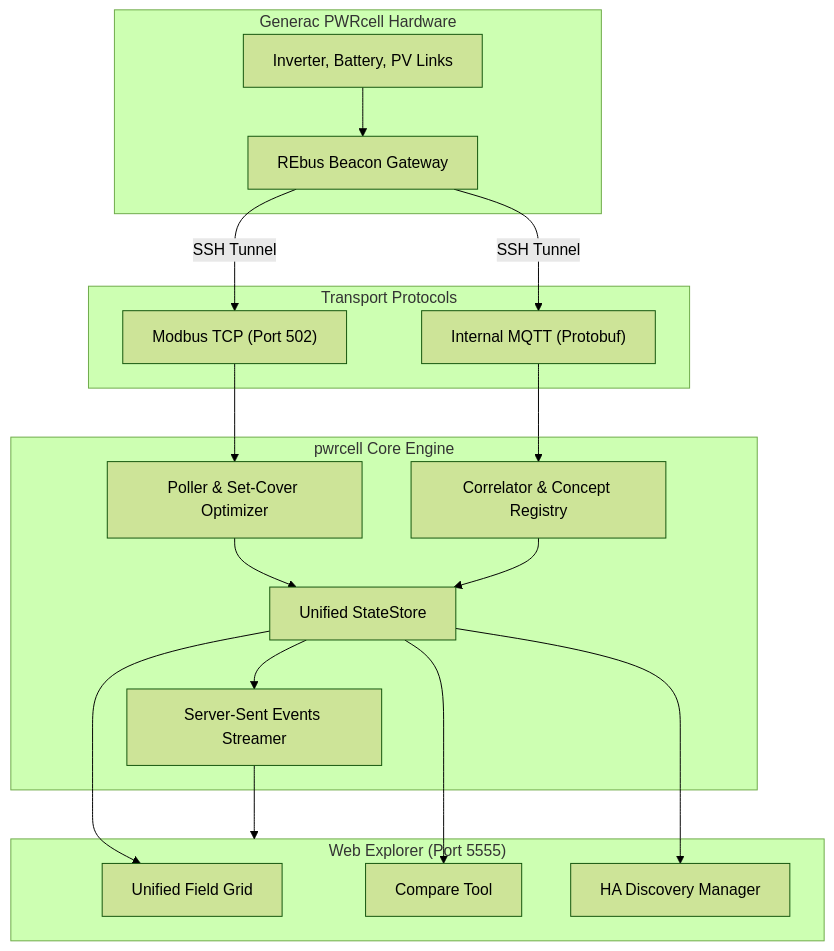
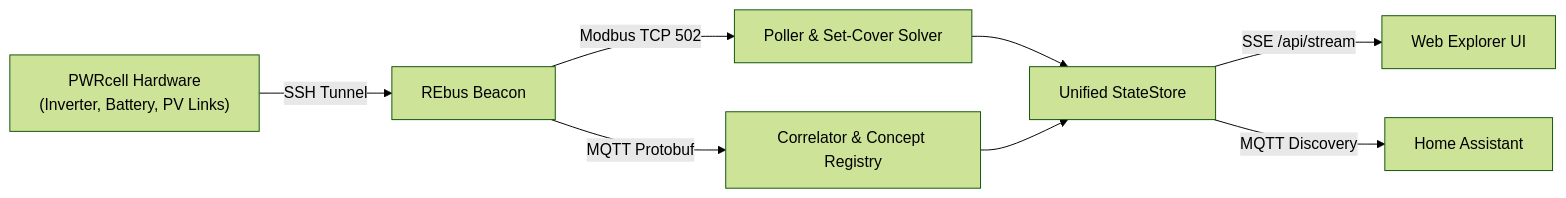
Before and after one commit to edalquist/pwrcell_sunspec: the diagram in docs/management_ui.md, drawn with Mermaid (forest theme). The commit also changed other lines of this file and 3 other files, not shown here.

Commit message:
docs: streamline Web Explorer guide and remove ASCII art (v3.1.11)

````diff
--- a/docs/management_ui.md
+++ b/docs/management_ui.md
@@ -434,41 +223,10 @@
 ```mermaid
-flowchart TD
-    subgraph Hardware ["Generac PWRcell Hardware"]
-        DEV["Inverter, Battery, PV Links"]
-        BCN["REbus Beacon Gateway"]
-    end
-
-    subgraph Protocols ["Transport Protocols"]
-        MB["Modbus TCP (Port 502)"]
-        MQ["Internal MQTT (Protobuf)"]
-    end
-
-    subgraph Daemon ["pwrcell Core Engine"]
-        POL["Poller & Set-Cover Optimizer"]
-        CORR["Correlator & Concept Registry"]
-        STORE["Unified StateStore"]
-        SSE["Server-Sent Events Streamer"]
-    end
-
-    subgraph UI ["Web Explorer (Port 5555)"]
-        GRID["Unified Field Grid"]
-        CMP["Compare Tool"]
-        HA["HA Discovery Manager"]
-    end
-
-    DEV --> BCN
-    BCN -->|SSH Tunnel| MB
-    BCN -->|SSH Tunnel| MQ
-
-    MB --> POL
-    MQ --> CORR
-
-    POL --> STORE
+flowchart LR
+    DEV["PWRcell Hardware<br/>(Inverter, Battery, PV Links)"] -->|SSH Tunnel| BCN["REbus Beacon"]
+    BCN -->|Modbus TCP 502| POL["Poller & Set-Cover Solver"]
+    BCN -->|MQTT Protobuf| CORR["Correlator & Concept Registry"]
+    POL --> STORE["Unified StateStore"]
     CORR --> STORE
-
-    STORE --> SSE
-    SSE --> UI
-    STORE --> GRID
-    STORE --> CMP
-    STORE --> HA
+    STORE -->|SSE /api/stream| UI["Web Explorer UI"]
+    STORE -->|MQTT Discovery| HA["Home Assistant"]
 ```
````
